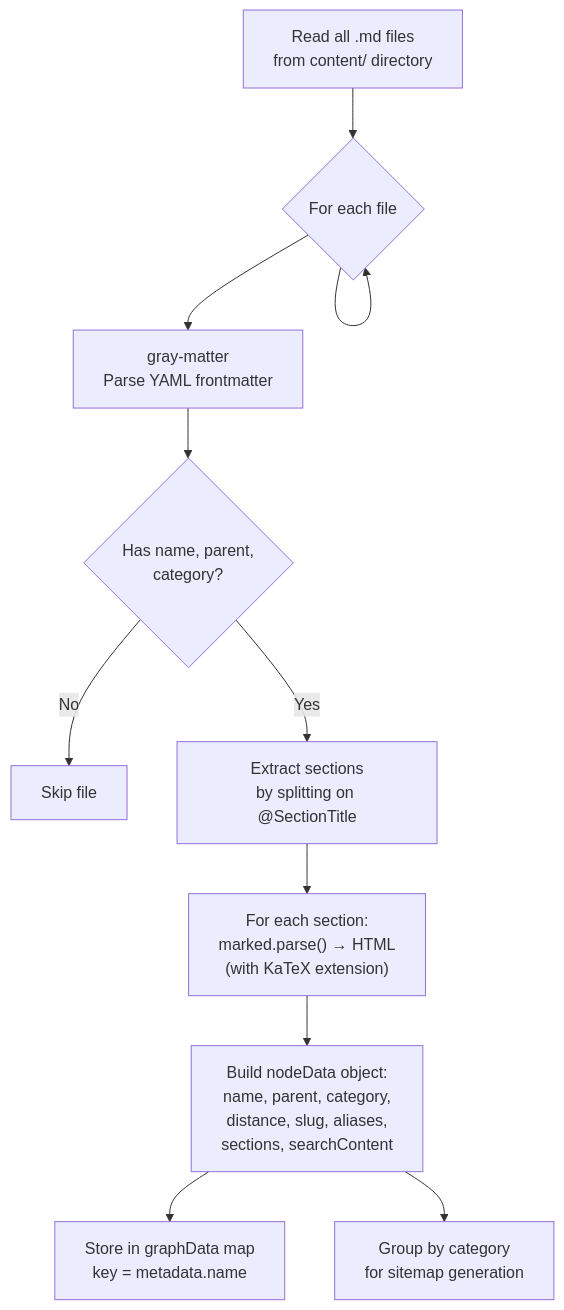
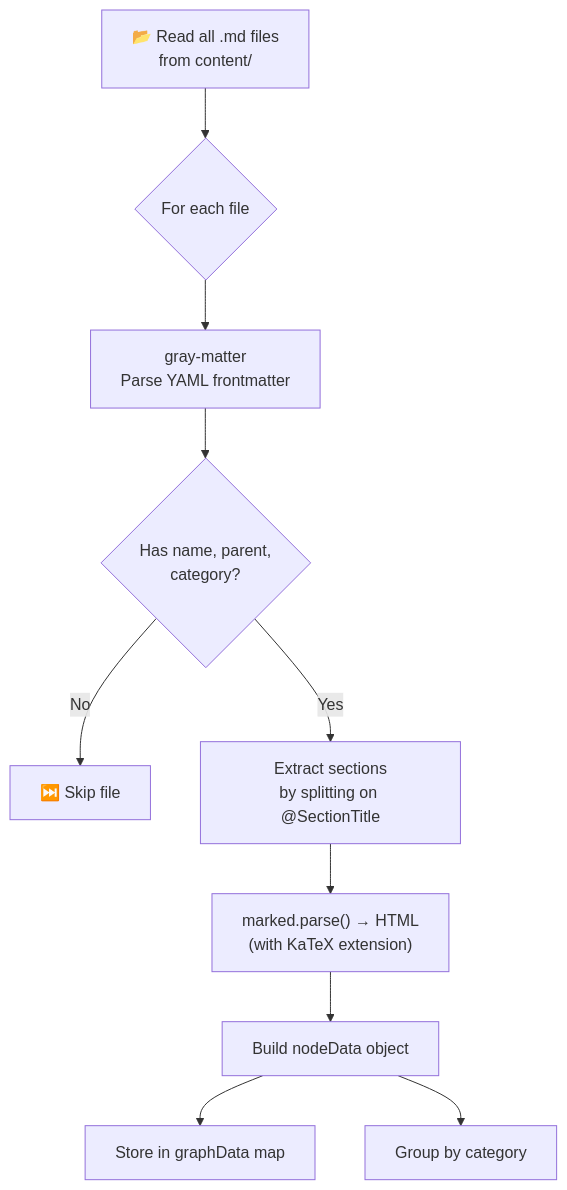
Before and after one commit to Kavyargb/Neuron-IQ: the second of 13 diagrams in README.md, drawn with Mermaid. The commit also changed other lines of this file, not shown here.

Commit message:
docs: overhaul README with enhanced formatting, project badges, and detailed architecture documentation

````diff
--- a/README.md
+++ b/README.md
@@ -170,13 +210,12 @@
 ```mermaid
 flowchart TD
-    A["Read all .md files<br>from content/ directory"] --> B{"For each file"}
-    B --> C["gray-matter<br>Parse YAML frontmatter"]
-    C --> D{"Has name, parent,<br>category?"}
-    D -- "No" --> E["Skip file"]
-    D -- "Yes" --> F["Extract sections<br>by splitting on @SectionTitle"]
-    F --> G["For each section:<br>marked.parse() → HTML<br>(with KaTeX extension)"]
-    G --> H["Build nodeData object:<br>name, parent, category,<br>distance, slug, aliases,<br>sections, searchContent"]
-    H --> I["Store in graphData map<br>key = metadata.name"]
-    H --> J["Group by category<br>for sitemap generation"]
-    B --> B
+    A["📂 Read all .md files<br/>from content/"] --> B{"For each file"}
+    B --> C["gray-matter<br/>Parse YAML frontmatter"]
+    C --> D{"Has name, parent,<br/>category?"}
+    D -- "No" --> E["⏭️ Skip file"]
+    D -- "Yes" --> F["Extract sections<br/>by splitting on @SectionTitle"]
+    F --> G["marked.parse() → HTML<br/>(with KaTeX extension)"]
+    G --> H["Build nodeData object"]
+    H --> I["Store in graphData map"]
+    H --> J["Group by category"]
 ```
````
